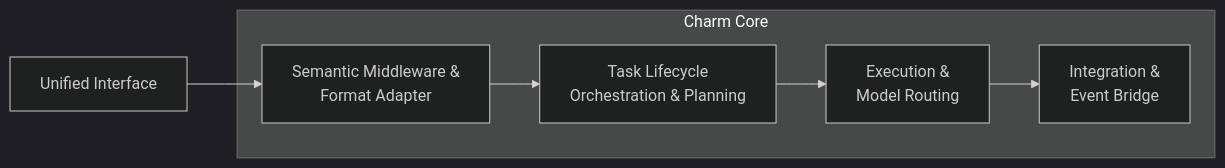
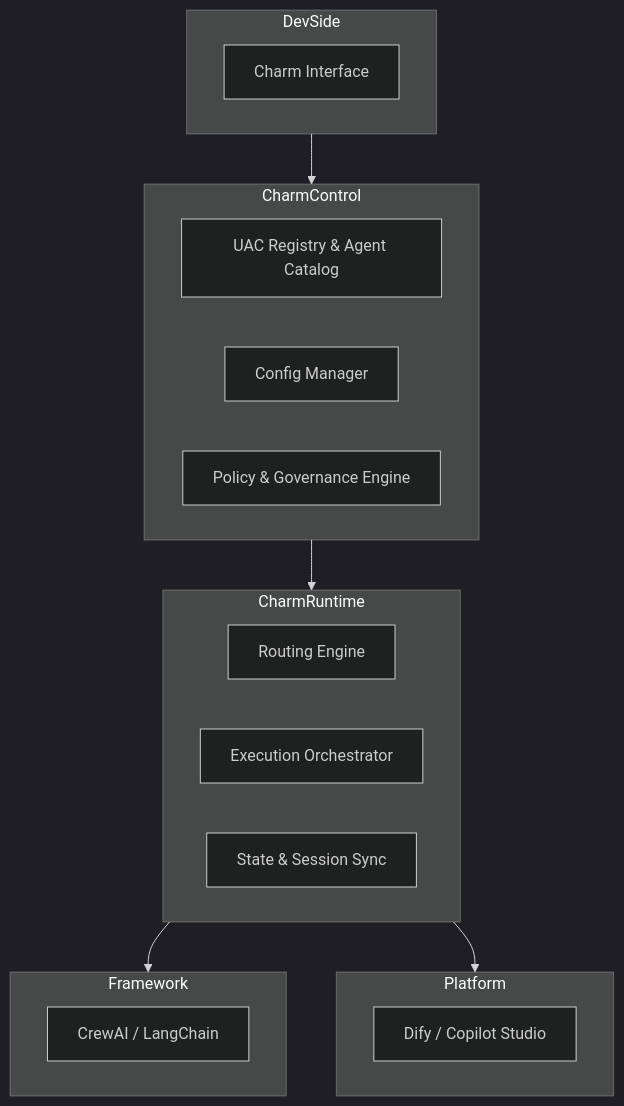
Before and after one commit to CharmAIOS/.github: the first of 2 diagrams in profile/README.md, drawn with Mermaid (dark theme). The commit also changed other lines of this file, not shown here.

````diff
--- a/profile/README.md
+++ b/profile/README.md
@@ -21,12 +9,32 @@
 ```mermaid
-graph LR
-    UI[Unified Interface]
+flowchart TD
 
-    UI[Unified Interface] --> SM
+subgraph DevSide
+  UI[Charm Interface]
+end
 
-    subgraph Charm Core
-        SM[Semantic Middleware &<br/>Format Adapter] --> ORCH[Task Lifecycle<br/>Orchestration & Planning]
-        ORCH --> EXE[Execution &<br/>Model Routing]
-        EXE --> IEB[Integration &<br/>Event Bridge]
+subgraph CharmControl
+  REG[UAC Registry & Agent Catalog]
+  CFG[Config Manager]
+  POL[Policy & Governance Engine]
 end
+
+subgraph CharmRuntime
+  ROUTE[Routing Engine]
+  EXEC[Execution Orchestrator]
+  STATE[State & Session Sync]
+end
+
+subgraph Framework
+    Crew[CrewAI / LangChain]
+end
+
+subgraph Platform
+    Dify[Dify / Copilot Studio]
+end
+
+DevSide --> CharmControl
+CharmControl --> CharmRuntime
+CharmRuntime --> Framework
+CharmRuntime --> Platform
 ```
````
